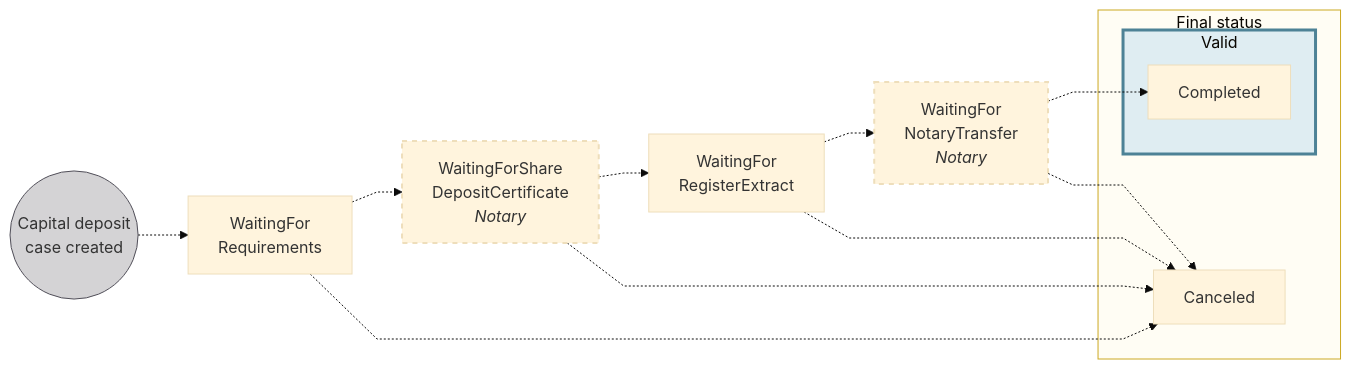
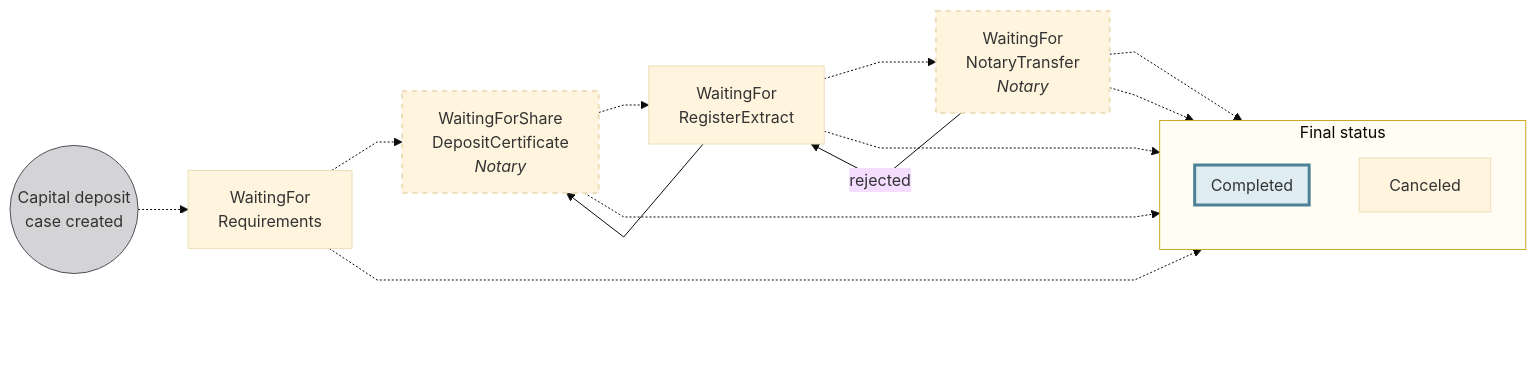
Before and after one commit to swan-io/docs: the first of 4 diagrams in docs/topics/capital-deposits/index.mdx, drawn with Mermaid (base theme). The commit also changed other lines of this file, not shown here.

Commit message:
Update flowchart to reflect backwards movement

````diff
--- a/docs/topics/capital-deposits/index.mdx
+++ b/docs/topics/capital-deposits/index.mdx
@@ -38,25 +38,33 @@
 ```mermaid
 %%{ init: { 'flowchart': { 'curve': 'linear' } } }%%
 flowchart LR
     DC((Capital deposit<br/>case created)) -.-> WR[WaitingFor<br/>Requirements]
     WR -.-> WS[WaitingForShare<br/>DepositCertificate<br/><em>Notary</em>]
     WS -.-> WRE[WaitingFor<br/>RegisterExtract]
     WRE -.-> WNT[WaitingFor<br/>NotaryTransfer<br/><em>Notary</em>]
     WNT -.-> CA[Canceled]
     WRE -.-> CA
     WS -.-> CA
     WR -.-> CA
     WNT -.-> CO[Completed]
-    subgraph V[Valid]
+
+    %% Backward transitions
+    WNT -->|rejected| WRE
+    WRE --> WS
+
+    subgraph F[Final status]
+        direction TB
+        CA
+        style V fill:#fff,stroke:#fff,stroke-width:0px,color:#fff
         CO
     end
-    subgraph F[Final status]
-        CA
-        V
+
+    subgraph CO[Completed]
     end
+    
     style DC fill:#D4D3D5,stroke:#514F59
     style F fill:#fffdf4,stroke:#cca922
     style WS stroke-width:2px, stroke-dasharray: 5 5
     style WNT stroke-width:2px, stroke-dasharray: 5 5
-    style V fill:#dfedf2,stroke:#4d8296,stroke-width:3px
+    style CO fill:#dfedf2,stroke:#4d8296,stroke-width:3px
 ```
````
